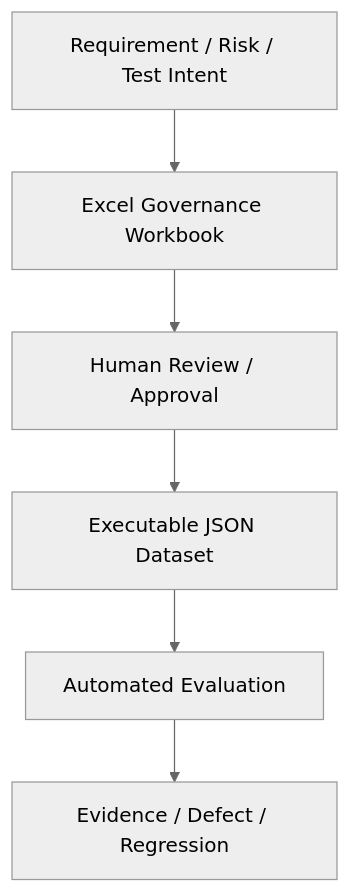
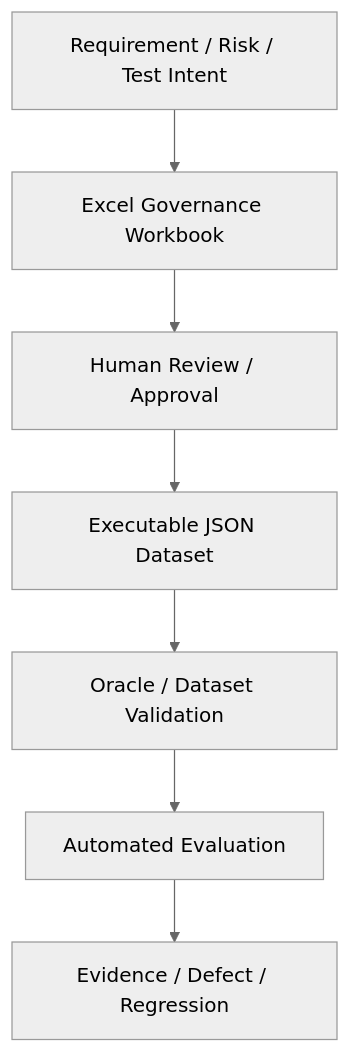
Before and after one commit to oleksandrserhieiev-beep/ai-qe-lab: the seventh of 7 diagrams in docs/architecture.md, drawn with Mermaid (neutral theme). The commit also changed other lines of this file, not shown here.

Commit message:
Update architecture with oracle fallback

````diff
--- a/docs/architecture.md
+++ b/docs/architecture.md
@@ -241,8 +233,9 @@
 ```mermaid
 flowchart TD
     RQ[Requirement / Risk / Test Intent] --> XL[Excel Governance Workbook]
     XL --> HR[Human Review / Approval]
     HR --> JS[Executable JSON Dataset]
-    JS --> CI[Automated Evaluation]
+    JS --> VAL[Oracle / Dataset Validation]
+    VAL --> CI[Automated Evaluation]
     CI --> E[Evidence / Defect / Regression]
 ```
````
